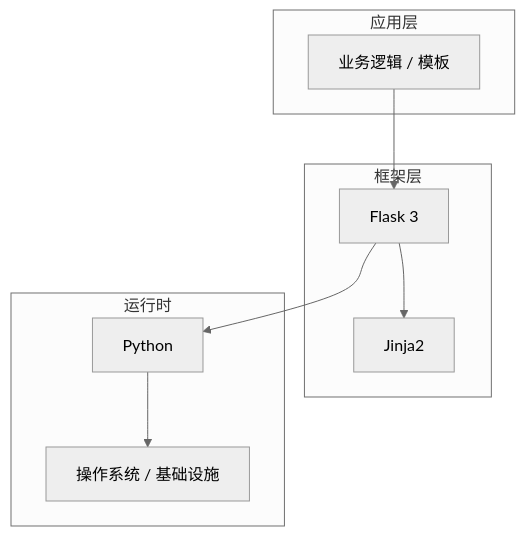
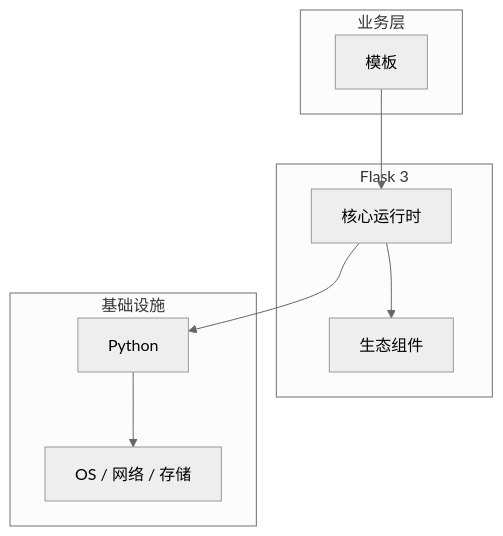
Before and after one commit to yanggan2015/knowledge-json-v2: the diagram in articles/Flask/chapters/016-模板核心概念与原理.md, drawn with Mermaid (neutral theme). The commit also changed other lines of this file and 10127 other files, not shown here.

````diff
--- a/articles/Flask/chapters/016-模板核心概念与原理.md
+++ b/articles/Flask/chapters/016-模板核心概念与原理.md
@@ -45,18 +34,18 @@
 ```mermaid
 graph TB
-    subgraph 应用层
-        A[业务逻辑 / 模板]
+    subgraph 业务层
+        A[模板]
     end
-    subgraph 框架层
-        B[Flask 3]
-        C[Jinja2]
+    subgraph Flask 3
+        B[核心运行时]
+        C[生态组件]
     end
-    subgraph 运行时
+    subgraph 基础设施
         D[Python]
-        E[操作系统 / 基础设施]
+        E[OS / 网络 / 存储]
     end
     A --> B
     B --> C
     B --> D
     D --> E
 ```
````
